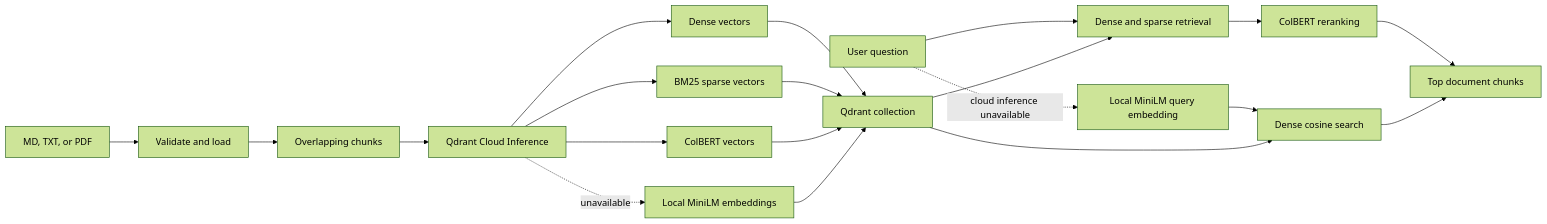
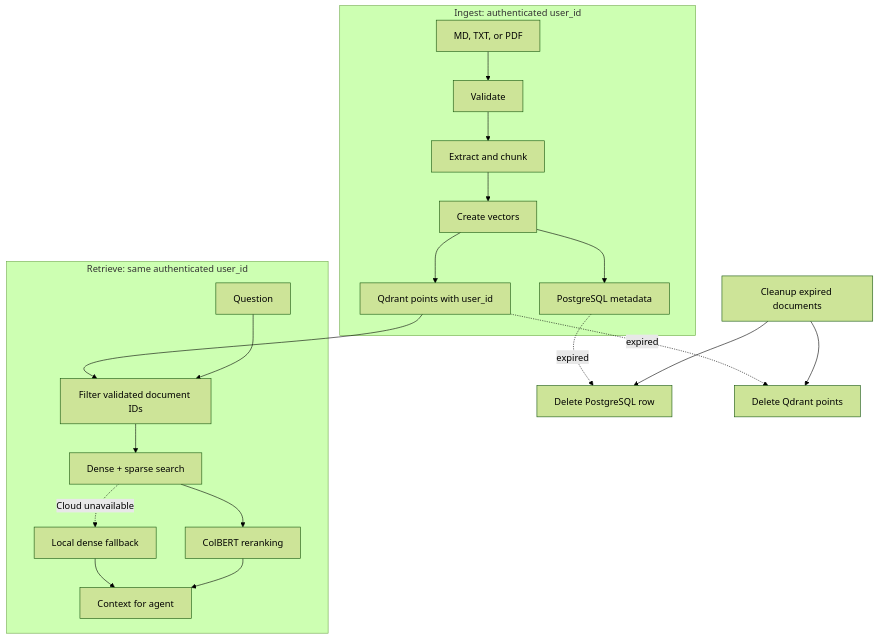
One commit to ManishJoc14/Fusemachines changed the fifth of 9 diagrams in week15-engineering-ai-systems/task1-ai-assistant-backend/docs/architecture.md. Above: the diagram before and after it, drawn with Mermaid (forest theme). The commit also changed other lines of this file and 1 other file, not shown here.

````diff
--- a/week15-engineering-ai-systems/task1-ai-assistant-backend/docs/architecture.md
+++ b/week15-engineering-ai-systems/task1-ai-assistant-backend/docs/architecture.md
@@ -42,26 +146,23 @@
 ```mermaid
-flowchart LR
-    Upload["MD, TXT, or PDF"] --> Validate["Validate and load"]
-    Validate --> Chunk["Overlapping chunks"]
-    Chunk --> Cloud["Qdrant Cloud Inference"]
-
-    Cloud --> Dense["Dense vectors"]
-    Cloud --> Sparse["BM25 sparse vectors"]
-    Cloud --> ColBERT["ColBERT vectors"]
-    Dense --> Collection["Qdrant collection"]
-    Sparse --> Collection
-    ColBERT --> Collection
-
-    Cloud -. "unavailable" .-> Local["Local MiniLM embeddings"]
-    Local --> Collection
-
-    Question["User question"] --> Hybrid["Dense and sparse retrieval"]
-    Collection --> Hybrid
-    Hybrid --> Rerank["ColBERT reranking"]
-    Rerank --> Context["Top document chunks"]
-
-    Question -. "cloud inference unavailable" .-> QueryVector["Local MiniLM query embedding"]
-    QueryVector --> DenseFallback["Dense cosine search"]
-    Collection --> DenseFallback
-    DenseFallback --> Context
+flowchart TD
+    subgraph Ingest["Ingest: authenticated user_id"]
+        Upload["MD, TXT, or PDF"] --> Validate["Validate"]
+        Validate --> Extract["Extract and chunk"]
+        Extract --> Vectors["Create vectors"]
+        Vectors --> Metadata["PostgreSQL metadata"]
+        Vectors --> Points["Qdrant points with user_id"]
+    end
+    subgraph Retrieve["Retrieve: same authenticated user_id"]
+        Question["Question"] --> Filter["Filter validated document IDs"]
+        Filter --> Candidates["Dense + sparse search"]
+        Candidates --> Rerank["ColBERT reranking"]
+        Rerank --> Context["Context for agent"]
+        Candidates -. "Cloud unavailable" .-> Local["Local dense fallback"]
+        Local --> Context
+    end
+    Points --> Filter
+    Cleanup["Cleanup expired documents"] --> DeleteDB["Delete PostgreSQL row"]
+    Cleanup --> DeleteQdrant["Delete Qdrant points"]
+    Metadata -. "expired" .-> DeleteDB
+    Points -. "expired" .-> DeleteQdrant
 ```
````
